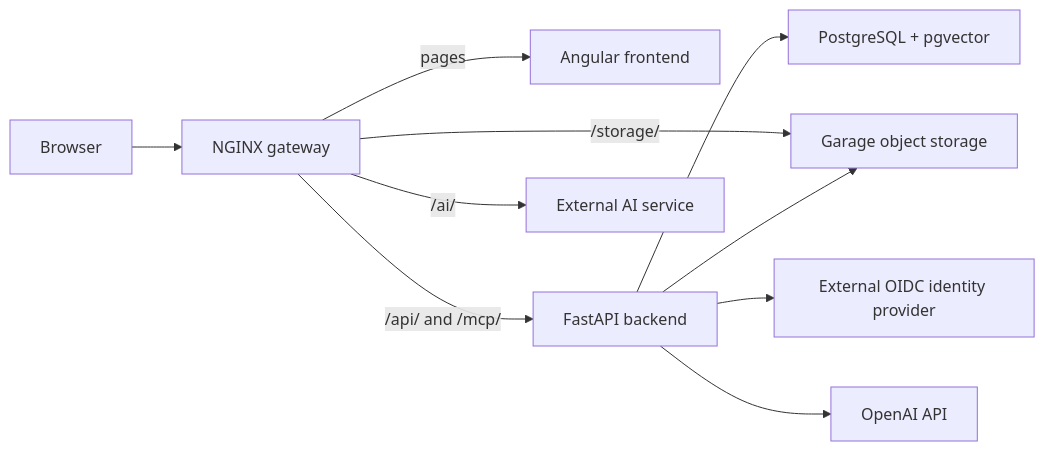
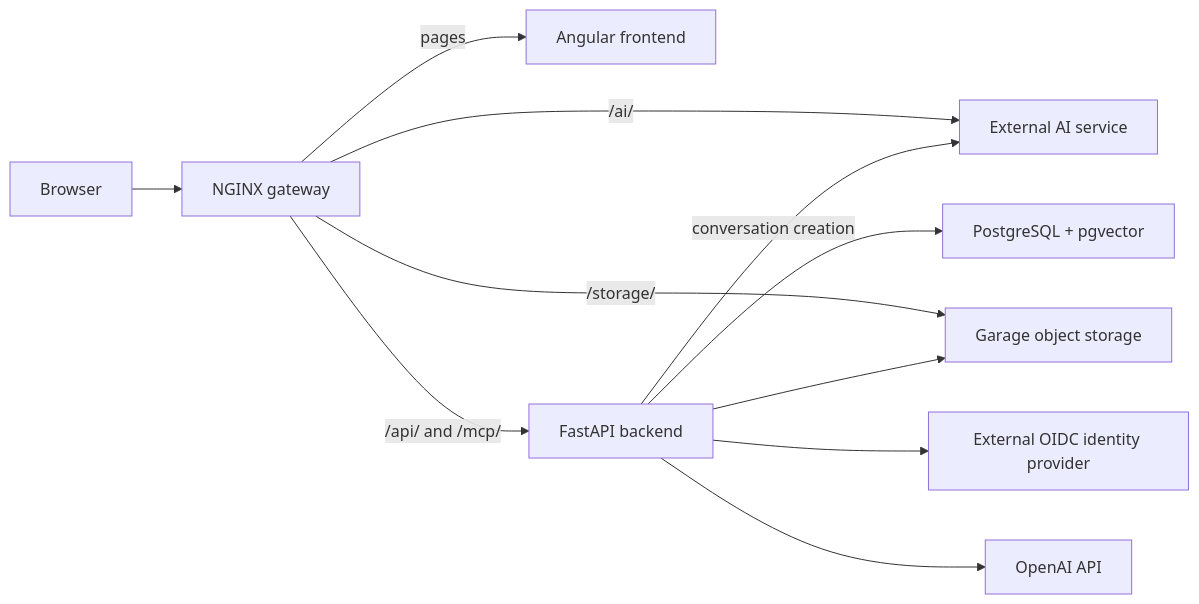
Before and after one commit to roithme0/kochwiki-v2: the diagram in docs/navigation.md, drawn with Mermaid. The commit also changed other lines of this file and 21 other files, not shown here.

Commit message:
refactor: relay conversation creation requests through backend

````diff
--- a/docs/navigation.md
+++ b/docs/navigation.md
@@ -7,12 +7,13 @@
 ```mermaid
 flowchart LR
     Browser --> Gateway[NGINX gateway]
     Gateway -->|pages| Frontend[Angular frontend]
     Gateway -->|/api/ and /mcp/| Backend[FastAPI backend]
     Gateway -->|/storage/| Storage[Garage object storage]
     Gateway -->|/ai/| AI[External AI service]
+    Backend -->|conversation creation| AI
     Backend --> Database[PostgreSQL + pgvector]
     Backend --> Storage
     Backend --> Identity[External OIDC identity provider]
     Backend --> Embeddings[OpenAI API]
 ```
````
